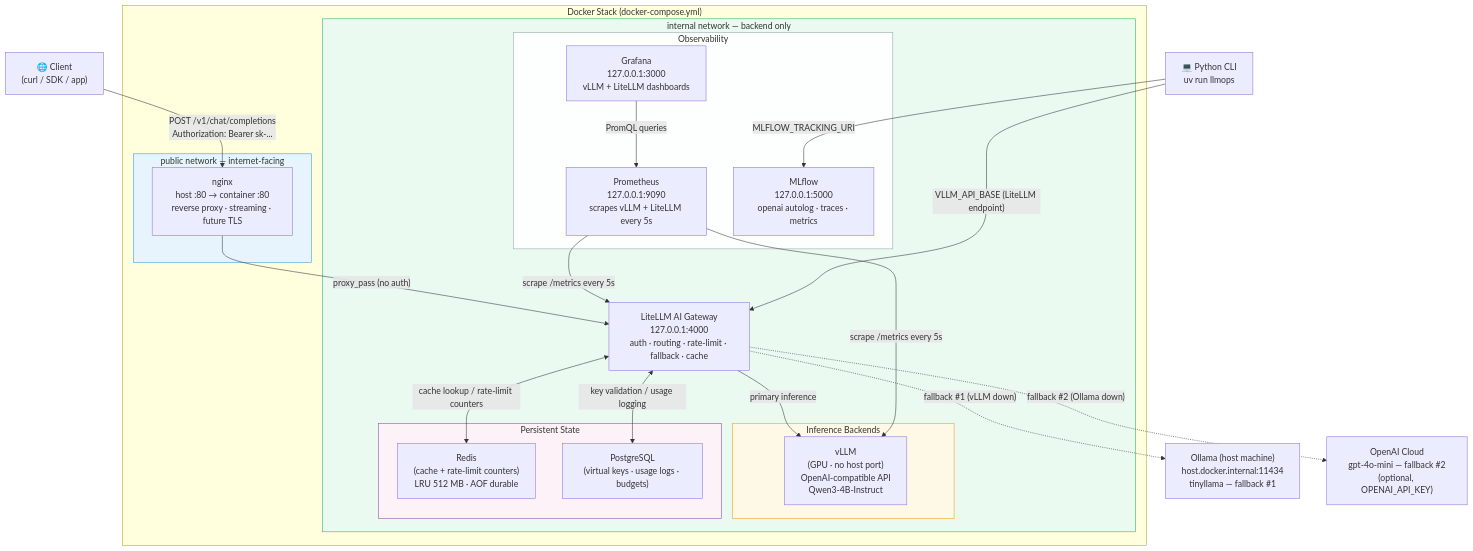
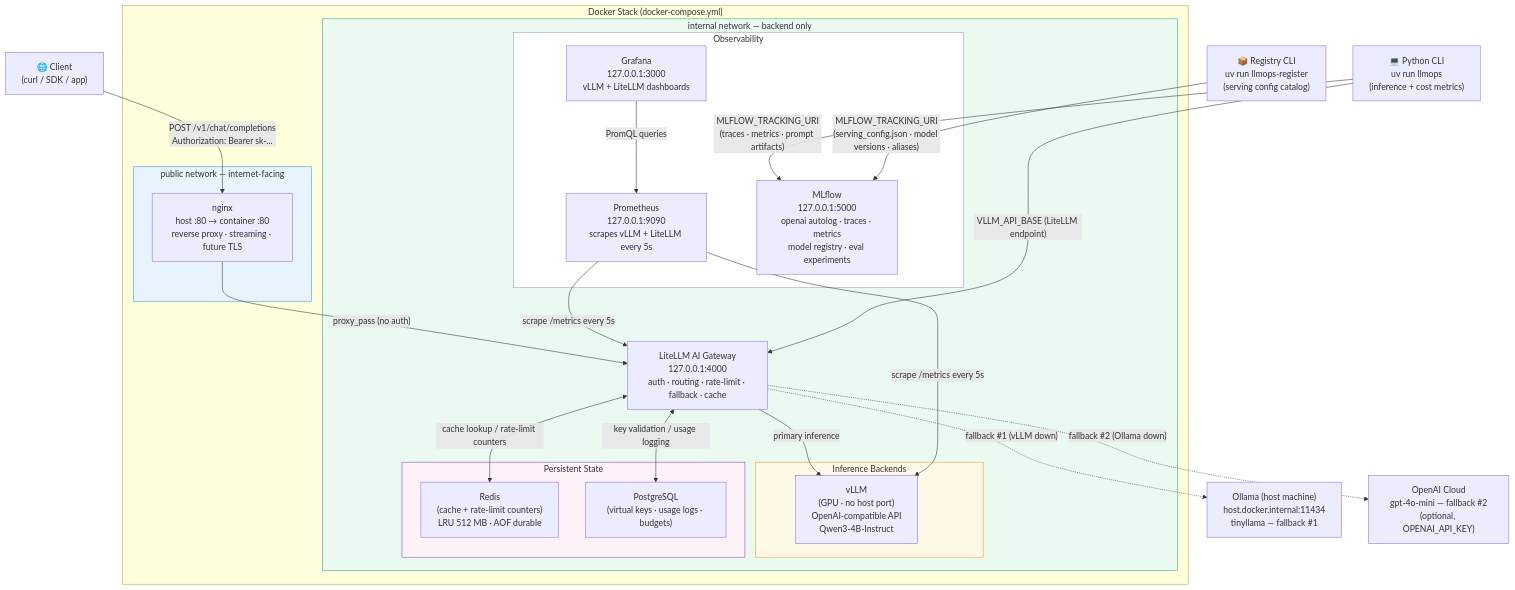
Before and after one commit to ayushsoni1010/vllmops: the diagram in docs/diagrams/system-architecture.md, drawn with Mermaid. The commit also changed other lines of this file and 1 other file, not shown here.

Commit message:
docs(diagrams): sync cli-flow and system-architecture with current state
cli-flow.md: add token usage capture in streaming loop, show all five
logged metrics (latency_ms, output_chars, prompt_tokens,
completion_tokens, cost_usd), add cost tracking table with
PROMPT_TOKEN_COST / COMPLETION_TOKEN_COST env vars.

system-architecture.md: add llmops-register Registry CLI node, update
MLflow label to include model registry and eval experiments, add CLI
entry points reference table.

````diff
--- a/docs/diagrams/system-architecture.md
+++ b/docs/diagrams/system-architecture.md
@@ -5,56 +5,58 @@
 ```mermaid
 graph TB
     Client["🌐 Client\n(curl / SDK / app)"]
-    CLI["💻 Python CLI\nuv run llmops"]
+    CLI["💻 Python CLI\nuv run llmops\n(inference + cost metrics)"]
+    Register["📦 Registry CLI\nuv run llmops-register\n(serving config catalog)"]
 
     subgraph docker["Docker Stack (docker-compose.yml)"]
         subgraph pub["public network — internet-facing"]
             nginx["nginx\nhost :80 → container :80\nreverse proxy · streaming · future TLS"]
         end
 
         subgraph int["internal network — backend only"]
             litellm["LiteLLM AI Gateway\n127.0.0.1:4000\nauth · routing · rate-limit · fallback · cache"]
 
             subgraph inf["Inference Backends"]
                 vllm["vLLM\n(GPU · no host port)\nOpenAI-compatible API\nQwen3-4B-Instruct"]
             end
 
             subgraph store["Persistent State"]
                 redis["Redis\n(cache + rate-limit counters)\nLRU 512 MB · AOF durable"]
                 postgres["PostgreSQL\n(virtual keys · usage logs · budgets)"]
             end
 
             subgraph obs["Observability"]
                 prometheus["Prometheus\n127.0.0.1:9090\nscrapes vLLM + LiteLLM every 5s"]
                 grafana["Grafana\n127.0.0.1:3000\nvLLM + LiteLLM dashboards"]
-                mlflow["MLflow\n127.0.0.1:5000\nopenai autolog · traces · metrics"]
+                mlflow["MLflow\n127.0.0.1:5000\nopenai autolog · traces · metrics\nmodel registry · eval experiments"]
             end
         end
     end
 
     ollama["Ollama (host machine)\nhost.docker.internal:11434\ntinyllama — fallback #1"]
     openai["OpenAI Cloud\ngpt-4o-mini — fallback #2\n(optional, OPENAI_API_KEY)"]
 
     Client -->|"POST /v1/chat/completions\nAuthorization: Bearer sk-..."| nginx
     nginx -->|"proxy_pass (no auth)"| litellm
 
     litellm -->|"primary inference"| vllm
     litellm -.->|"fallback #1 (vLLM down)"| ollama
     litellm -.->|"fallback #2 (Ollama down)"| openai
 
     litellm <-->|"cache lookup / rate-limit counters"| redis
     litellm <-->|"key validation / usage logging"| postgres
 
     prometheus -->|"scrape /metrics every 5s"| vllm
     prometheus -->|"scrape /metrics every 5s"| litellm
     grafana -->|"PromQL queries"| prometheus
 
     CLI -->|"VLLM_API_BASE (LiteLLM endpoint)"| litellm
-    CLI -->|"MLFLOW_TRACKING_URI"| mlflow
+    CLI -->|"MLFLOW_TRACKING_URI\n(traces · metrics · prompt artifacts)"| mlflow
+    Register -->|"MLFLOW_TRACKING_URI\n(serving_config.json · model versions · aliases)"| mlflow
 
     style pub fill:#e8f4fd,stroke:#3498db
     style int fill:#eafaf1,stroke:#27ae60
     style inf fill:#fef9e7,stroke:#f39c12
     style store fill:#fdf2f8,stroke:#8e44ad
     style obs fill:#fdfefe,stroke:#95a5a6
 ```
````
